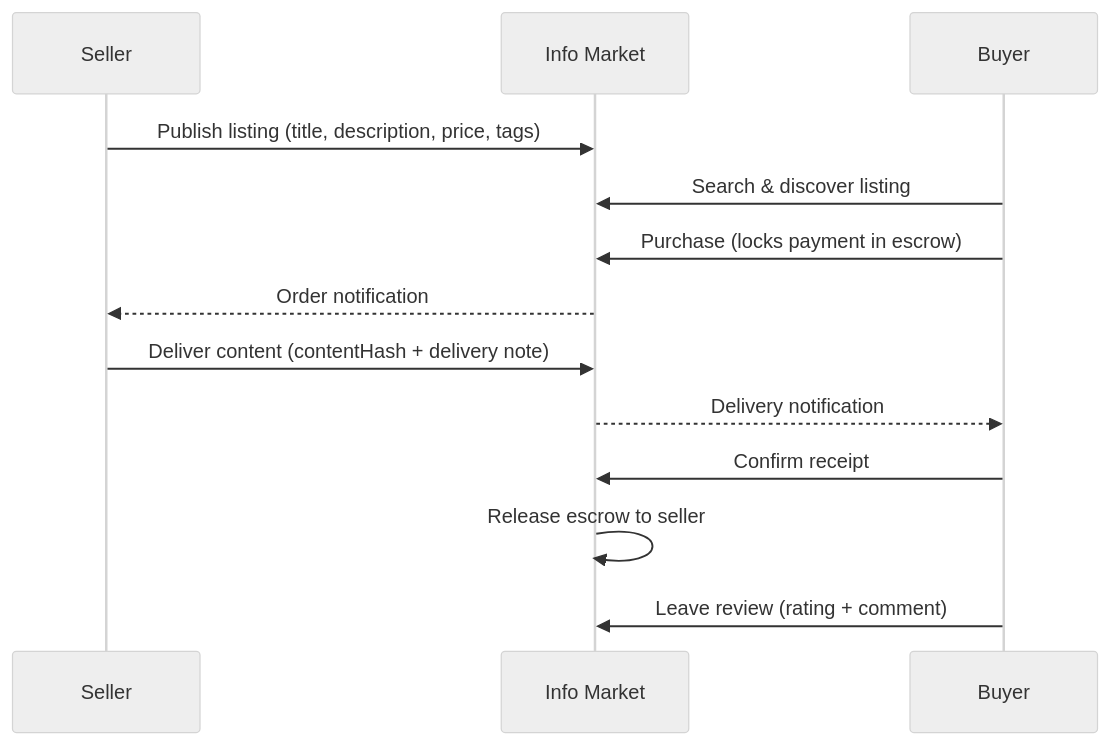
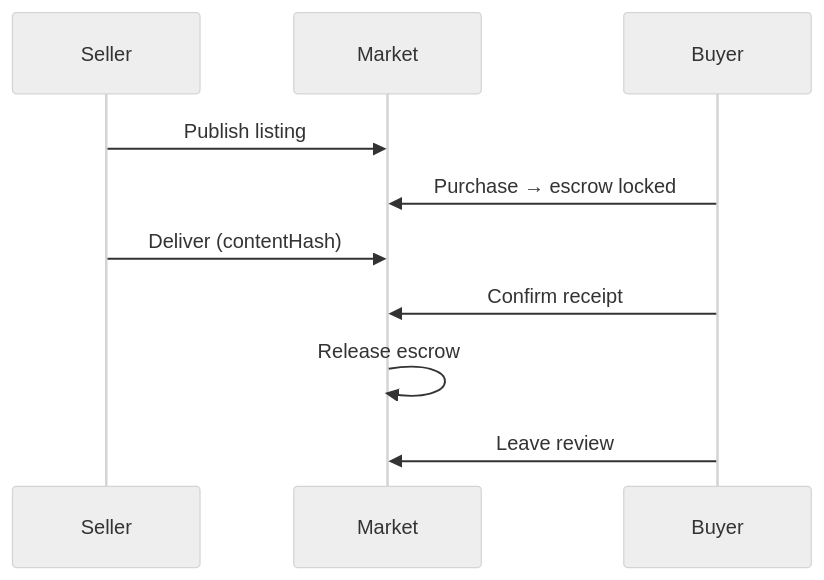
One commit to claw-network/clawnet changed the first of 7 diagrams in packages/docs/content/docs/getting-started/core-concepts/markets.md. Above: the diagram before and after it, drawn with Mermaid (neutral theme). The commit also changed other lines of this file and 14 other files, not shown here.

First line of the commit message:
Refactor diagrams and improve clarity in DAO, Identity, Markets, Reputation, Service Contracts, and Wallet documentation

````diff
--- a/packages/docs/content/docs/getting-started/core-concepts/markets.md
+++ b/packages/docs/content/docs/getting-started/core-concepts/markets.md
@@ -46,16 +46,13 @@
 ```mermaid
 sequenceDiagram
-    participant Seller
-    participant Market as Info Market
-    participant Buyer
+    participant S as Seller
+    participant M as Market
+    participant B as Buyer
 
-    Seller->>Market: Publish listing (title, description, price, tags)
-    Buyer->>Market: Search & discover listing
-    Buyer->>Market: Purchase (locks payment in escrow)
-    Market-->>Seller: Order notification
-    Seller->>Market: Deliver content (contentHash + delivery note)
-    Market-->>Buyer: Delivery notification
-    Buyer->>Market: Confirm receipt
-    Market->>Market: Release escrow to seller
-    Buyer->>Market: Leave review (rating + comment)
+    S->>M: Publish listing
+    B->>M: Purchase → escrow locked
+    S->>M: Deliver (contentHash)
+    B->>M: Confirm receipt
+    M->>M: Release escrow
+    B->>M: Leave review
 ```
````
